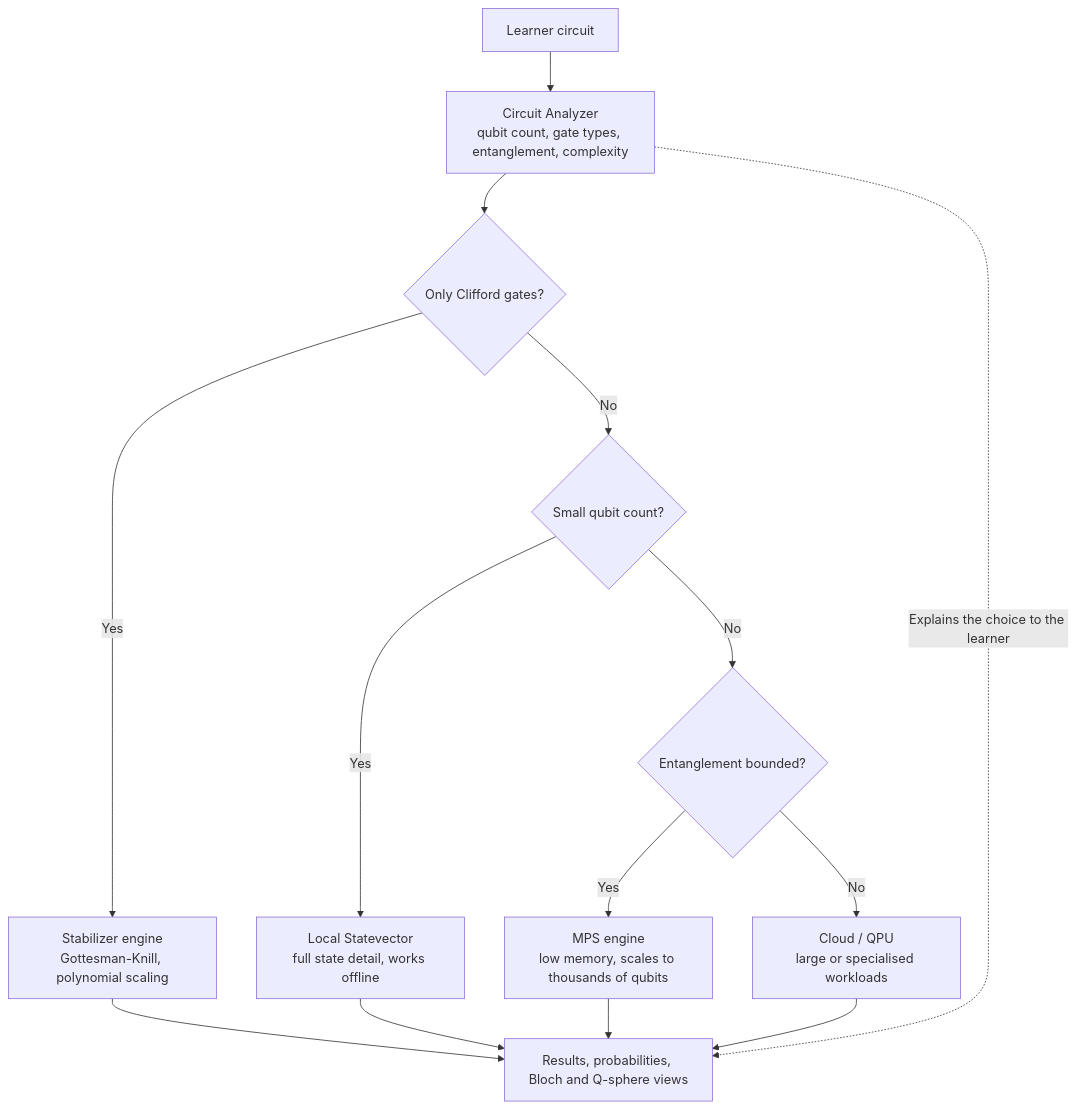
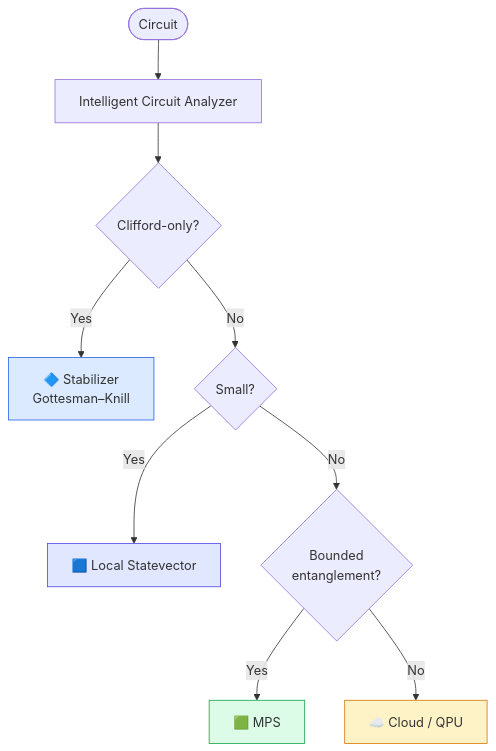
One commit to aaruhyakumar2006/Qualution- changed diagram 13 of 18 in README.md. Above: the diagram before and after it, drawn with Mermaid. The commit also changed other lines of this file, not shown here.

````diff
--- a/README.md
+++ b/README.md
@@ -373,16 +546,16 @@
 ```mermaid
 flowchart TD
-    IN["Learner circuit"] --> CA["Circuit Analyzer<br/>qubit count, gate types, entanglement, complexity"]
-    CA --> Q1{"Only Clifford gates?"}
-    Q1 -- "Yes" --> ST["Stabilizer engine<br/>Gottesman-Knill, polynomial scaling"]
-    Q1 -- "No" --> Q2{"Small qubit count?"}
-    Q2 -- "Yes" --> SV["Local Statevector<br/>full state detail, works offline"]
-    Q2 -- "No" --> Q3{"Entanglement bounded?"}
-    Q3 -- "Yes" --> MPS["MPS engine<br/>low memory, scales to thousands of qubits"]
-    Q3 -- "No" --> CL["Cloud / QPU<br/>large or specialised workloads"]
-    ST --> OUT["Results, probabilities, Bloch and Q-sphere views"]
-    SV --> OUT
-    MPS --> OUT
-    CL --> OUT
-    CA -. "Explains the choice to the learner" .-> OUT
+    C([Circuit]) --> A[Intelligent Circuit Analyzer]
+    A --> Q1{Clifford-only?}
+    Q1 -- Yes --> ST[🔷 Stabilizer<br/>Gottesman–Knill]
+    Q1 -- No --> Q2{Small?}
+    Q2 -- Yes --> SV[🟦 Local Statevector]
+    Q2 -- No --> Q3{Bounded<br/>entanglement?}
+    Q3 -- Yes --> MP[🟩 MPS]
+    Q3 -- No --> CL[☁️ Cloud / QPU]
+
+    style ST fill:#dbeafe,stroke:#2563eb
+    style SV fill:#e0e7ff,stroke:#4f46e5
+    style MP fill:#dcfce7,stroke:#16a34a
+    style CL fill:#fef3c7,stroke:#d97706
 ```
````
